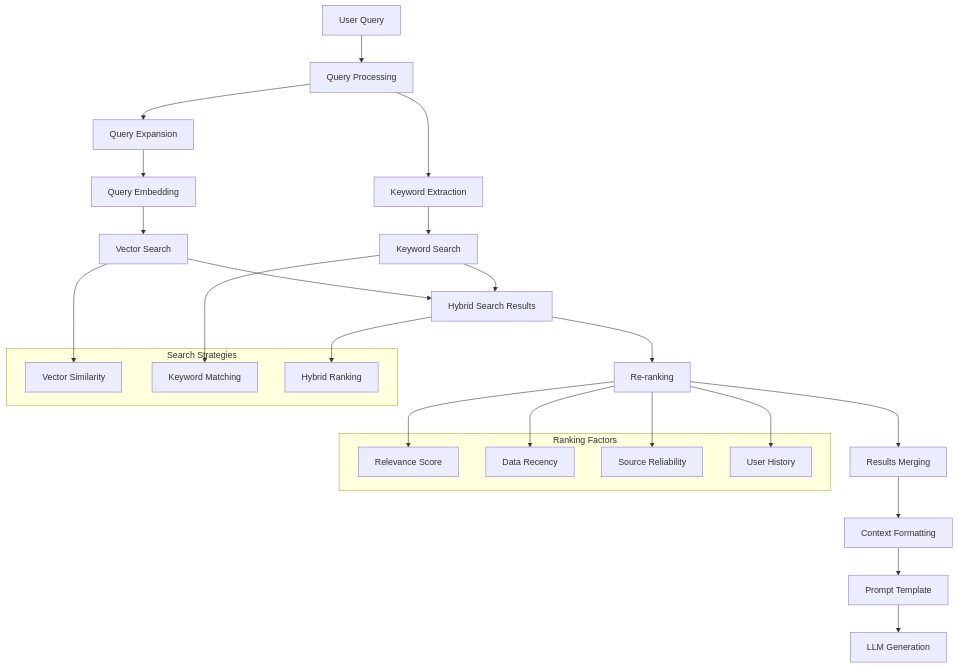
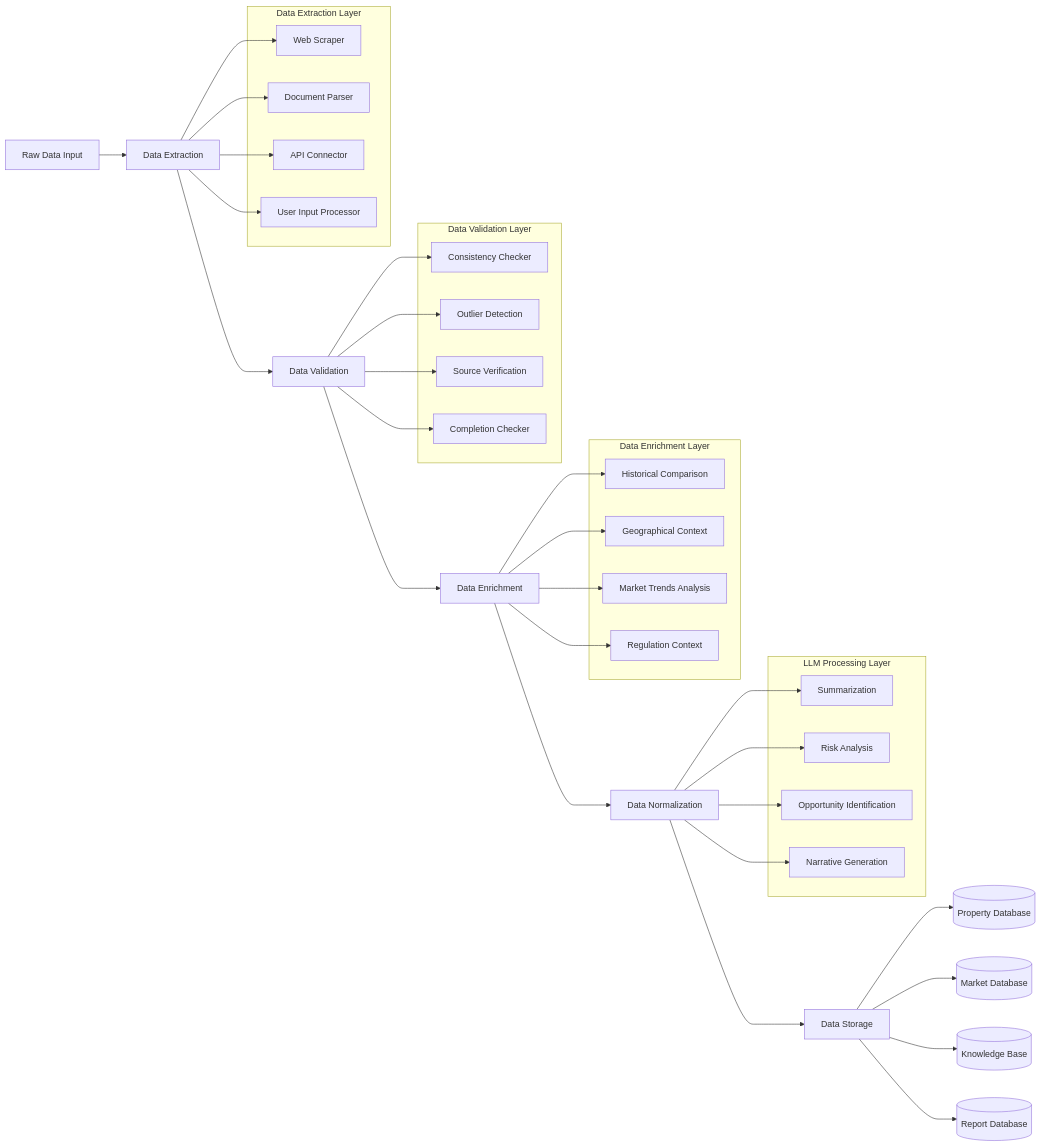
The fourth of 5 diagrams in RDP-Agents.md (iAli61/investment_agent), drawn with Mermaid before and after one commit. The commit also changed other lines of this file and 24 other files, not shown here.

````diff
--- a/RDP-Agents.md
+++ b/RDP-Agents.md
@@ -368,37 +344,61 @@
 ```mermaid
-flowchart TD
-    Query[User Query] --> QueryProcess[Query Processing]
-    QueryProcess --> QueryExpansion[Query Expansion]
-    QueryExpansion --> QueryEmbed[Query Embedding]
-    QueryEmbed --> VectorSearch[Vector Search]
-    QueryProcess --> KeywordExtract[Keyword Extraction]
-    KeywordExtract --> KeywordSearch[Keyword Search]
+flowchart LR
+    RawData[Raw Data Input] --> Extraction[Data Extraction]
+    Extraction --> Validation[Data Validation]
+    Validation --> Enrichment[Data Enrichment]
+    Enrichment --> Normalization[Data Normalization]
+    Normalization --> Storage[Data Storage]
     
-    VectorSearch --> HybridResults[Hybrid Search Results]
-    KeywordSearch --> HybridResults
-    
-    HybridResults --> Reranking[Re-ranking]
-    Reranking --> ResultsMerge[Results Merging]
-    ResultsMerge --> ContextFormat[Context Formatting]
-    ContextFormat --> PromptTemplate[Prompt Template]
-    PromptTemplate --> LLMGeneration[LLM Generation]
-    
-    subgraph "Search Strategies"
-        VectorSimilarity[Vector Similarity]
-        KeywordMatch[Keyword Matching]
-        HybridRanking[Hybrid Ranking]
+    subgraph "Data Extraction Layer"
+        WebScraper[Web Scraper]
+        DocumentParser[Document Parser]
+        APIConnector[API Connector]
+        UserInput[User Input Processor]
     end
     
-    subgraph "Ranking Factors"
-        Relevance[Relevance Score]
-        Recency[Data Recency]
-        Source[Source Reliability]
-        UserHistory[User History]
+    subgraph "Data Validation Layer"
+        ConsistencyCheck[Consistency Checker]
+        OutlierDetection[Outlier Detection]
+        SourceVerification[Source Verification]
+        CompletionCheck[Completion Checker]
     end
     
-    VectorSearch --> VectorSimilarity
-    KeywordSearch --> KeywordMatch
-    HybridResults --> HybridRanking
+    subgraph "Data Enrichment Layer"
+        HistoricalComparison[Historical Comparison]
+        GeographicalContext[Geographical Context]
+        MarketTrends[Market Trends Analysis]
+        RegulationContext[Regulation Context]
+    end
     
-    Reranking --> Relevance & Recency & Source & UserHistory
+    subgraph "LLM Processing Layer"
+        Summarization[Summarization]
+        RiskAnalysis[Risk Analysis]
+        OpportunityIdentification[Opportunity Identification]
+        NarrativeGeneration[Narrative Generation]
+    end
+    
+    Extraction --> WebScraper
+    Extraction --> DocumentParser
+    Extraction --> APIConnector
+    Extraction --> UserInput
+    
+    Validation --> ConsistencyCheck
+    Validation --> OutlierDetection
+    Validation --> SourceVerification
+    Validation --> CompletionCheck
+    
+    Enrichment --> HistoricalComparison
+    Enrichment --> GeographicalContext
+    Enrichment --> MarketTrends
+    Enrichment --> RegulationContext
+    
+    Normalization --> Summarization
+    Normalization --> RiskAnalysis
+    Normalization --> OpportunityIdentification
+    Normalization --> NarrativeGeneration
+    
+    Storage --> PropertyDB[(Property Database)]
+    Storage --> MarketDB[(Market Database)]
+    Storage --> KnowledgeDB[(Knowledge Base)]
+    Storage --> ReportDB[(Report Database)]
 ```
````
